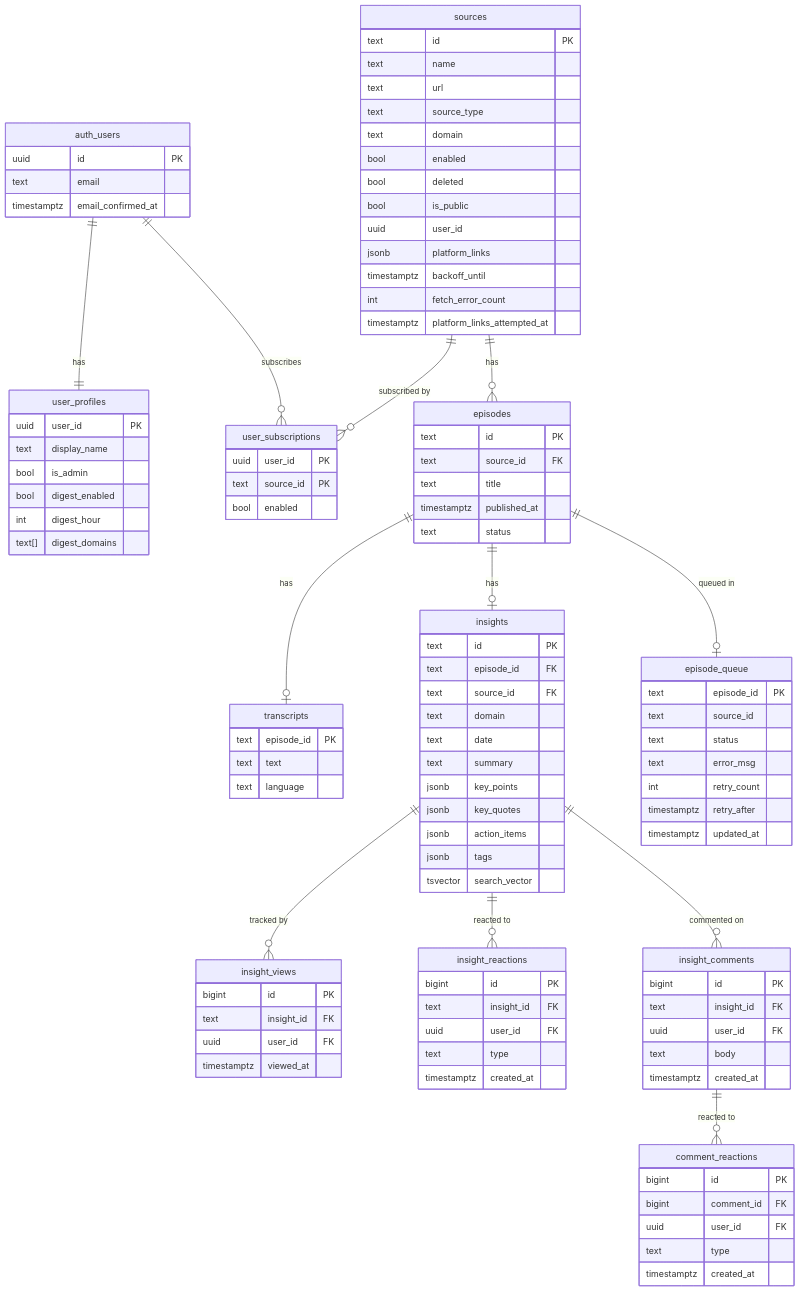
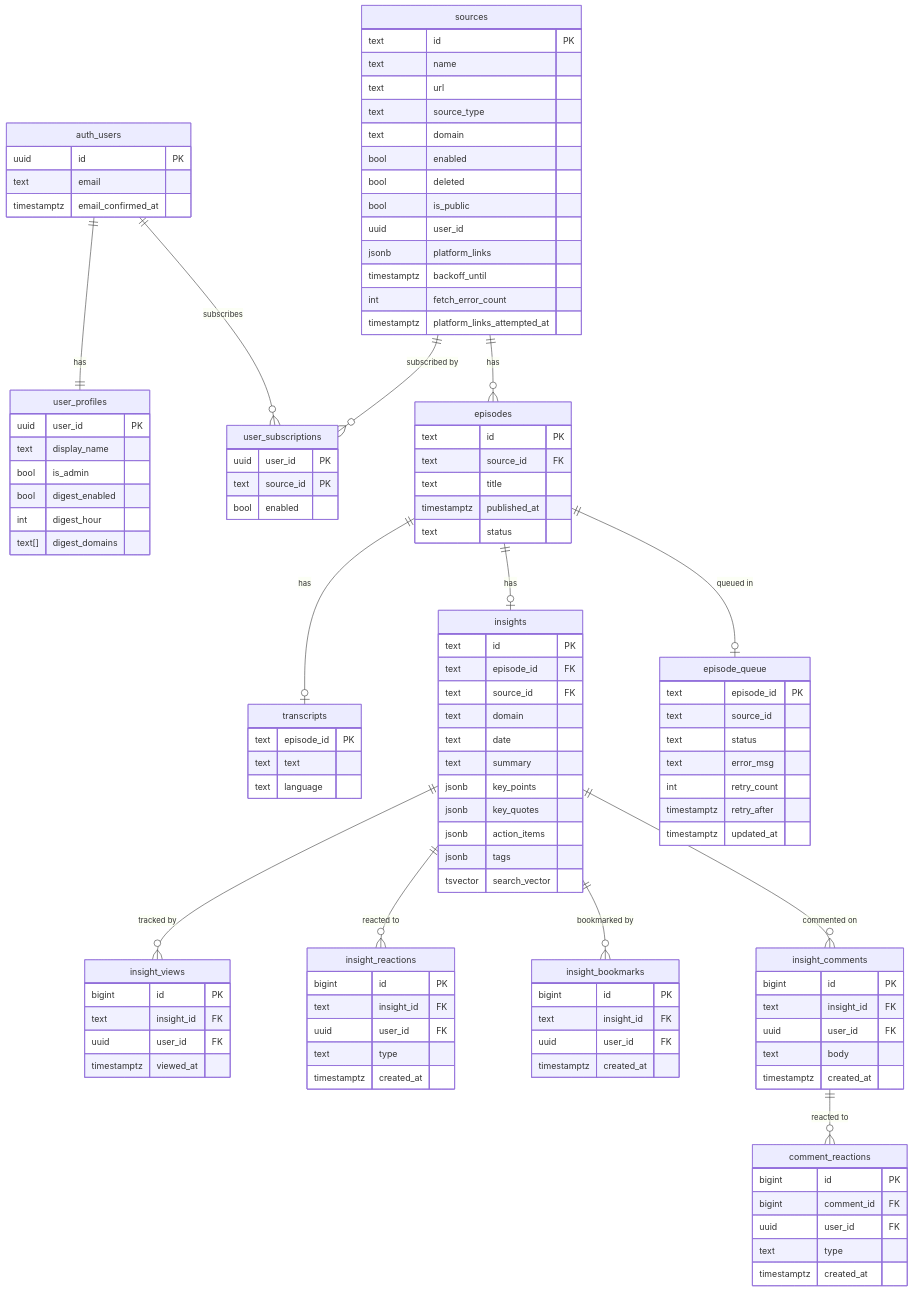
Before and after one commit to vtghub/PodcastsSummarizer: the second of 2 diagrams in docs/architecture.md, drawn with Mermaid. The commit also changed other lines of this file and 2 other files, not shown here.

Commit message:
docs: update architecture and workflow diagrams post-PR #160
- README: migration 010, saved/page.tsx, SavedInsightsList, bookmark API route,
  NavBar Saved link, Multi-User Model (insight_bookmarks + RLS), Bookmarks feature row
- architecture.md: insight_bookmarks node + erDiagram table + relationships;
  saved/page.tsx node; engagement route label updated; SPAGE→BOOKMARKS edge
- request-workflow.md: engagement sequence updated (bookmarked field);
  new diagram #19 — Bookmark Toggle; old #19 renumbered to #20

````diff
--- a/docs/architecture.md
+++ b/docs/architecture.md
@@ -226,6 +231,12 @@
         text type
         timestamptz created_at
     }
+    insight_bookmarks {
+        bigint id PK
+        text insight_id FK
+        uuid user_id FK
+        timestamptz created_at
+    }
     insight_comments {
         bigint id PK
         text insight_id FK
@@ -250,6 +261,7 @@
     episodes ||--o| episode_queue : "queued in"
     insights ||--o{ insight_views : "tracked by"
     insights ||--o{ insight_reactions : "reacted to"
+    insights ||--o{ insight_bookmarks : "bookmarked by"
     insights ||--o{ insight_comments : "commented on"
     insight_comments ||--o{ comment_reactions : "reacted to"
 ```
````
